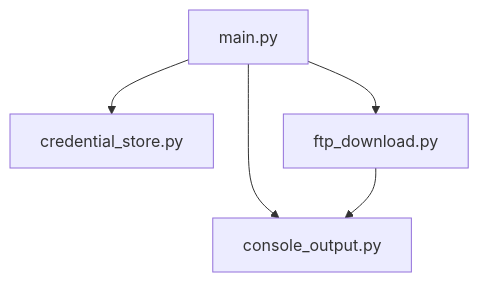
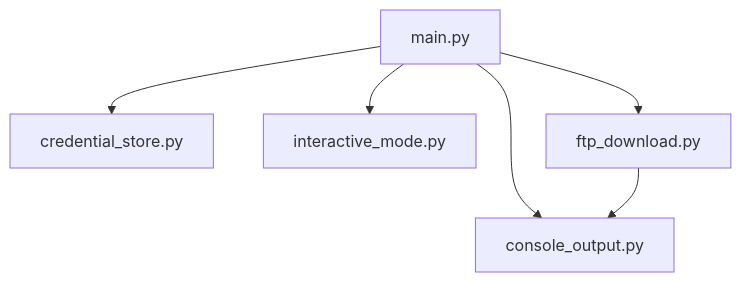
One commit to CKosAxsol/wstechLogCatcher changed the diagram in docs/architecture.md. Above: the diagram before and after it, drawn with Mermaid. The commit also changed other lines of this file and 8 other files, not shown here.

````diff
--- a/docs/architecture.md
+++ b/docs/architecture.md
@@ -7,7 +7,8 @@
 ```mermaid
 flowchart TD
   A[main.py] --> B[credential_store.py]
-  A --> C[ftp_download.py]
-  A --> D[console_output.py]
-  C --> D
+  A --> C[interactive_mode.py]
+  A --> D[ftp_download.py]
+  A --> E[console_output.py]
+  D --> E
 ```
````
